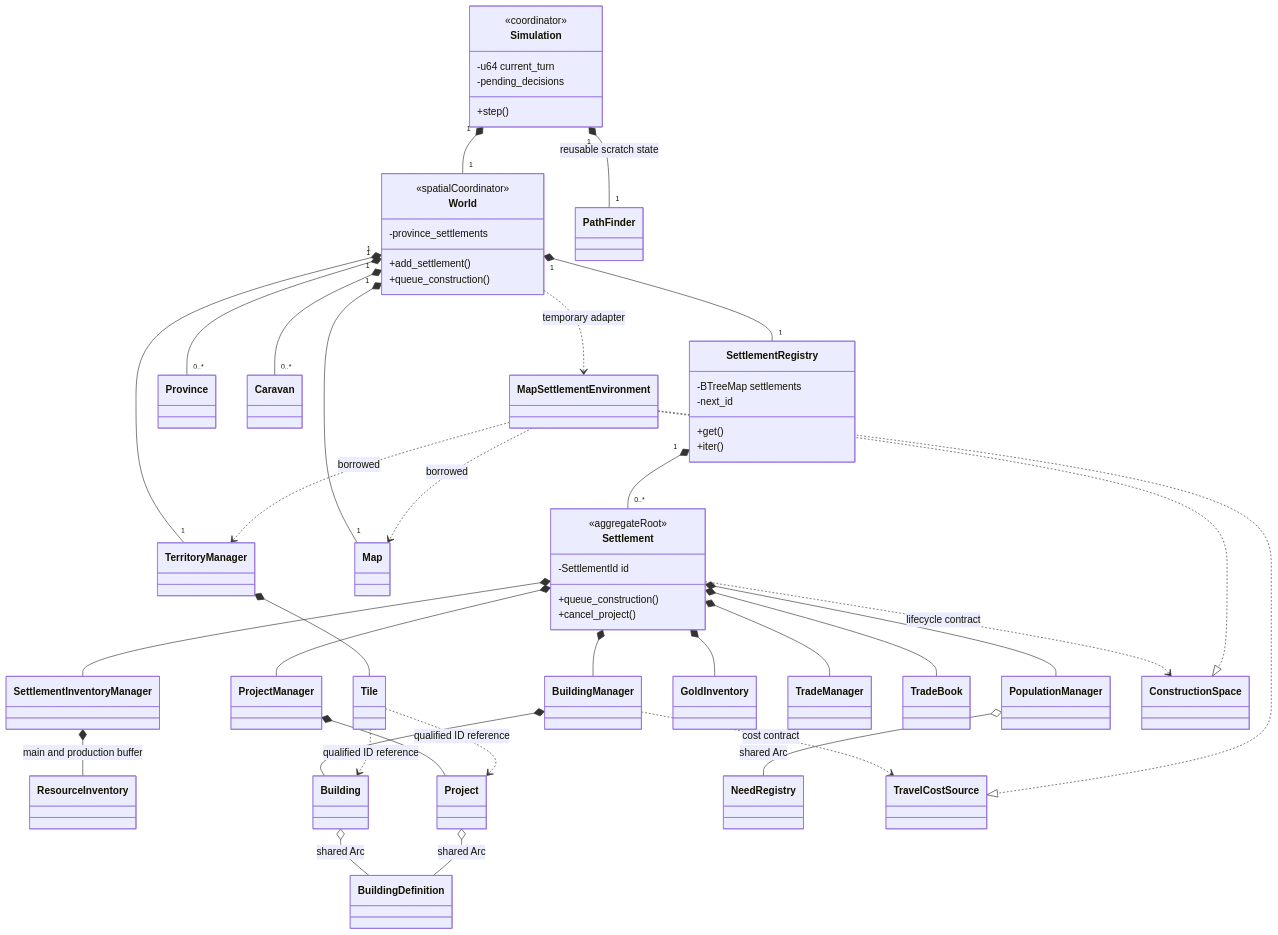
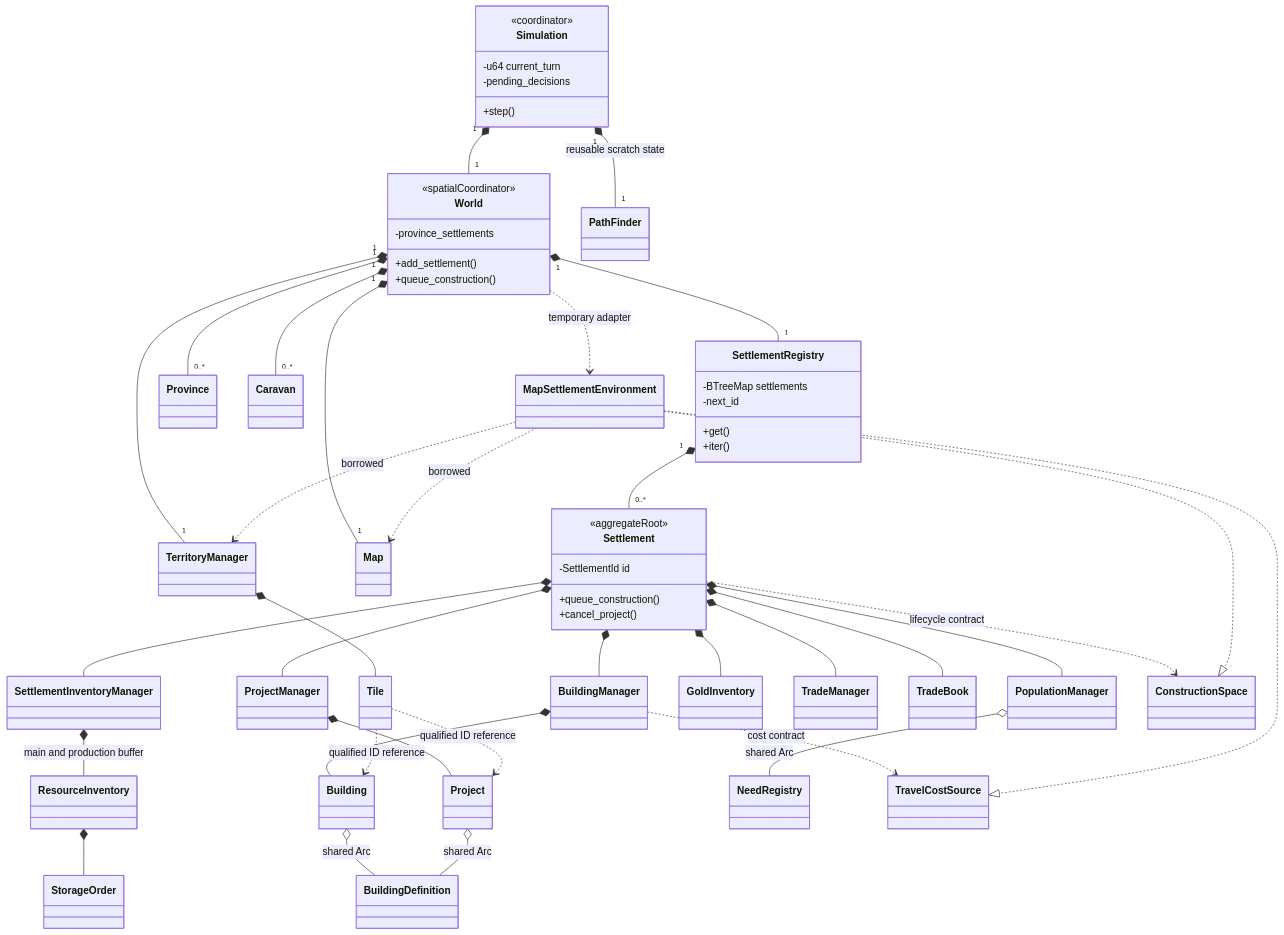
Before and after one commit to KMaksymilian/marl-grand-strategy-game: the diagram in docs/architecture/overview/state_ownership.md, drawn with Mermaid. The commit also changed 68 other files, not shown here.

````diff
--- a/docs/architecture/overview/state_ownership.md
+++ b/docs/architecture/overview/state_ownership.md
@@ -11,58 +11,59 @@
 ```mermaid
 classDiagram
     class Simulation {
         <<coordinator>>
         -u64 current_turn
         -pending_decisions
         +step()
     }
     class World {
         <<spatialCoordinator>>
         -province_settlements
         +add_settlement()
         +queue_construction()
     }
     class SettlementRegistry {
         -BTreeMap settlements
         -next_id
         +get()
         +iter()
     }
     class Settlement {
         <<aggregateRoot>>
         -SettlementId id
         +queue_construction()
         +cancel_project()
     }
     Simulation "1" *-- "1" World
     Simulation "1" *-- "1" PathFinder : reusable scratch state
     World "1" *-- "1" SettlementRegistry
     World "1" *-- "1" Map
     World "1" *-- "1" TerritoryManager
     World "1" *-- "0..*" Province
     World "1" *-- "0..*" Caravan
     SettlementRegistry "1" *-- "0..*" Settlement
     Settlement *-- SettlementInventoryManager
     Settlement *-- BuildingManager
     Settlement *-- PopulationManager
     Settlement *-- ProjectManager
     Settlement *-- GoldInventory
     Settlement *-- TradeManager
     Settlement *-- TradeBook
     SettlementInventoryManager *-- ResourceInventory : main and production buffer
+    ResourceInventory *-- StorageOrder
     BuildingManager *-- Building
     ProjectManager *-- Project
     PopulationManager o-- NeedRegistry : shared Arc
     Building o-- BuildingDefinition : shared Arc
     Project o-- BuildingDefinition : shared Arc
     TerritoryManager *-- Tile
     Tile ..> Project : qualified ID reference
     Tile ..> Building : qualified ID reference
     Settlement ..> ConstructionSpace : lifecycle contract
     BuildingManager ..> TravelCostSource : cost contract
     MapSettlementEnvironment ..|> ConstructionSpace
     MapSettlementEnvironment ..|> TravelCostSource
     World ..> MapSettlementEnvironment : temporary adapter
     MapSettlementEnvironment ..> TerritoryManager : borrowed
     MapSettlementEnvironment ..> Map : borrowed
 ```
````
